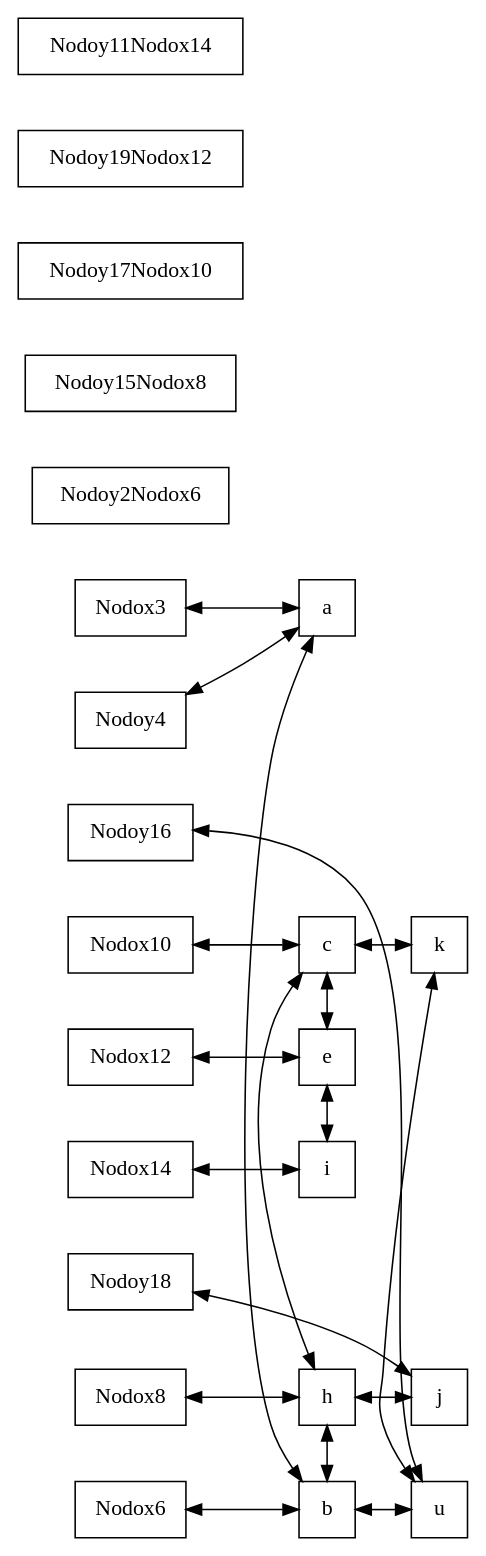
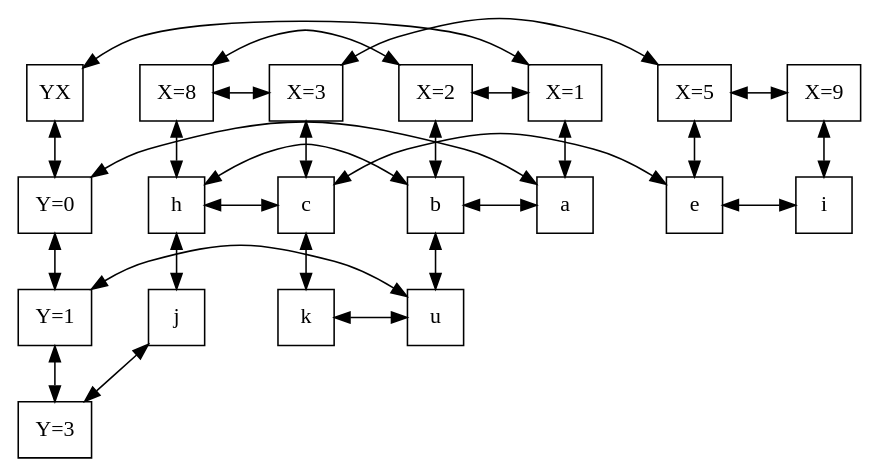
The diagram in EDD_Proyecto1/EDD_Proyecto1/Matrix.dot (elJuanjoRamos/EDD_1S2020_PY1_201801262), drawn with Graphviz before and after one commit. The commit also changed 5 other files, not shown here.

```diff
--- a/EDD_Proyecto1/EDD_Proyecto1/Matrix.dot
+++ b/EDD_Proyecto1/EDD_Proyecto1/Matrix.dot
@@ -1,42 +1,59 @@
-digraph G {rankdir = LR; 
- node [shape=rectangle, splines="line", height=0.5, width=0.5]; 
+digraph G {rankdir = TB; 
+ node [shape=rectangle, height=0.5, width=0.5]; 
  graph[ nodesep = 0.5];
+Nodo0 [label="Y\X"];
+Nodox3 [label = "X=1"];
+Nodox3->Nodox6[constraint=false, dir=both];
+Nodox6 [label = "X=2"];
+Nodox6->Nodox8[constraint=false, dir=both];
+Nodox8 [label = "X=8"];
+Nodox8->Nodox10[constraint=false, dir=both];
+Nodox10 [label = "X=3"];
+Nodox10->Nodox12[constraint=false, dir=both];
+Nodox12 [label = "X=5"];
+Nodox12->Nodox14[constraint=false, dir=both];
+Nodox14 [label = "X=9"];
+Nodoy4 [label = "Y=0"];
+Nodoy4->Nodoy16[dir=both];
+Nodoy16 [label = "Y=1"];
+Nodoy16->Nodoy18[dir=both];
+Nodoy18 [label = "Y=3"];
 Nodox3->Nodoy2[dir=both]
 Nodoy2 [label = "a"];
 Nodox6->Nodoy5[dir=both]
 Nodoy5 [label = "b"];
 Nodoy5->Nodoy15[dir=both];
 Nodoy15 [label = "u"];
 Nodox8->Nodoy7[dir=both]
 Nodoy7 [label = "h"];
 Nodoy7->Nodoy17[dir=both];
 Nodoy17 [label = "j"];
 Nodox10->Nodoy9[dir=both]
 Nodoy9 [label = "c"];
 Nodoy9->Nodoy19[dir=both];
 Nodoy19 [label = "k"];
 Nodox12->Nodoy11[dir=both]
 Nodoy11 [label = "e"];
 Nodox14->Nodoy13[dir=both]
 Nodoy13 [label = "i"];
 Nodoy4->Nodoy2[constraint=false, dir=both]
 Nodoy2 [label = "a"];
 Nodoy2->Nodoy5[constraint=false, dir=both];
 Nodoy5 [label = "b"];
 Nodoy5->Nodoy7[constraint=false, dir=both];
 Nodoy7 [label = "h"];
 Nodoy7->Nodoy9[constraint=false, dir=both];
 Nodoy9 [label = "c"];
 Nodoy9->Nodoy11[constraint=false, dir=both];
 Nodoy11 [label = "e"];
 Nodoy11->Nodoy13[constraint=false, dir=both];
 Nodoy13 [label = "i"];
 Nodoy16->Nodoy15[constraint=false, dir=both]
 Nodoy15 [label = "u"];
 Nodoy15->Nodoy19[constraint=false, dir=both];
 Nodoy19 [label = "k"];
 Nodoy18->Nodoy17[constraint=false, dir=both]
 Nodoy17 [label = "j"];
-
-{ rank = same; }Nodox3, Nodoy2Nodox6, Nodoy5, Nodoy15Nodox8, Nodoy7, Nodoy17Nodox10, Nodoy9, Nodoy19Nodox12, Nodoy11Nodox14, Nodoy13
-{ rank = same; }}
+Nodo0->Nodox3[constraint=false, dir=both];
+Nodo0->Nodoy4[dir=both];
+}
```
